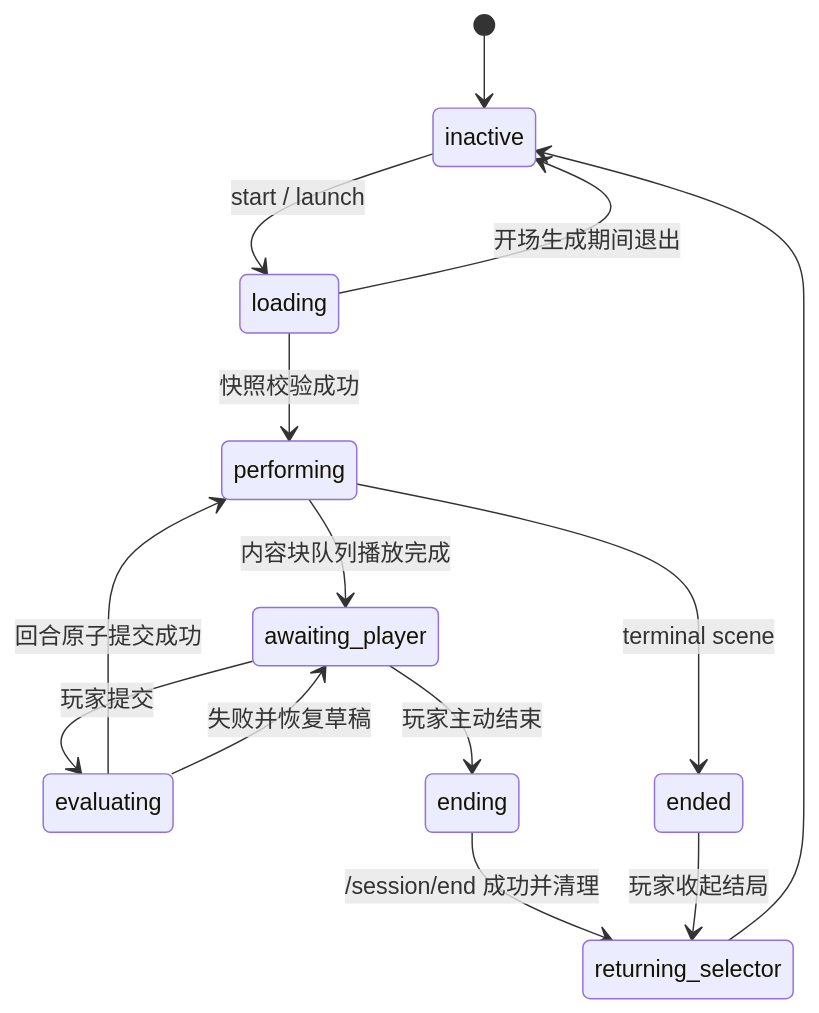
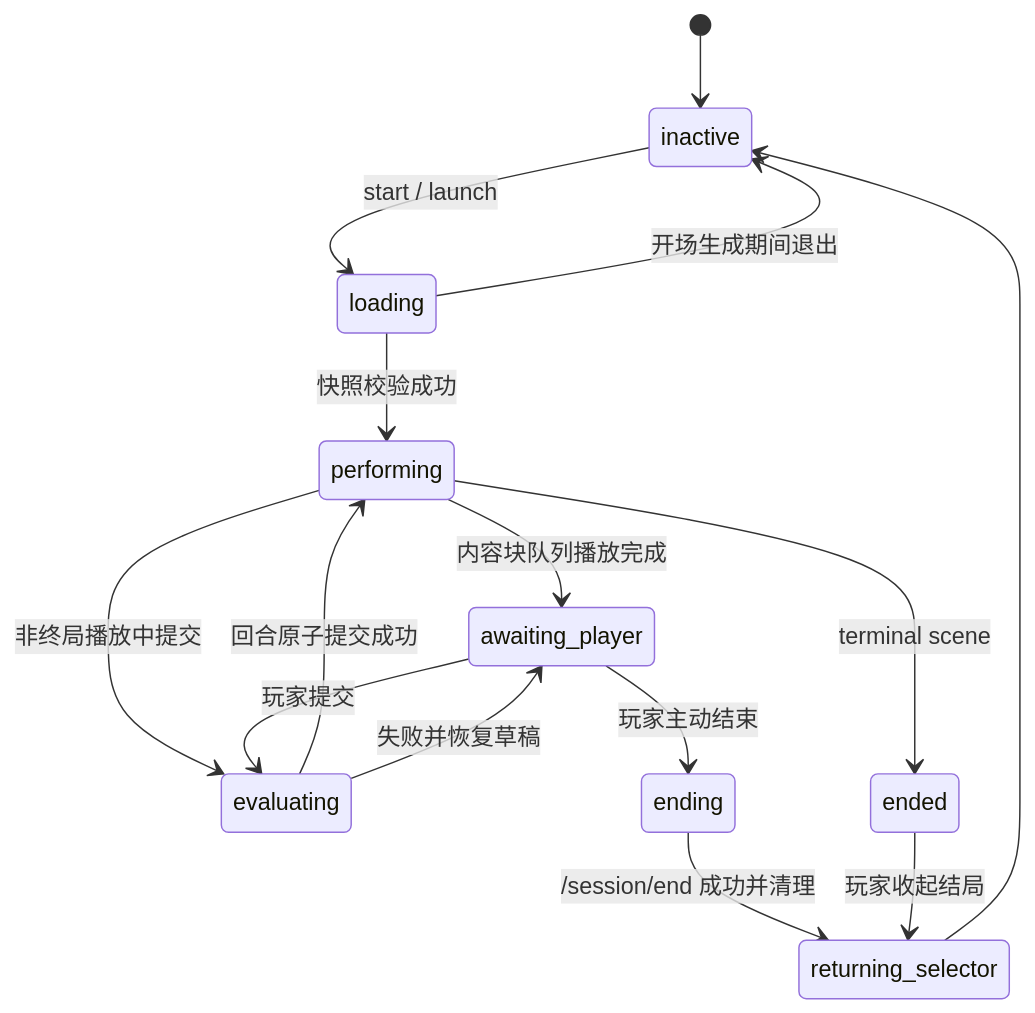
Before and after one commit to Project-N-E-K-O/N.E.K.O: the third of 3 diagrams in docs/design/neko-theater-architecture.md, drawn with Mermaid. The commit also changed other lines of this file and 470 other files, not shown here.

````diff
--- a/docs/design/neko-theater-architecture.md
+++ b/docs/design/neko-theater-architecture.md
@@ -541,16 +783,17 @@
 ```mermaid
 stateDiagram-v2
     [*] --> inactive
     inactive --> loading: start / launch
     loading --> performing: 快照校验成功
     performing --> awaiting_player: 内容块队列播放完成
+    performing --> evaluating: 非终局播放中提交
     awaiting_player --> evaluating: 玩家提交
     evaluating --> performing: 回合原子提交成功
     evaluating --> awaiting_player: 失败并恢复草稿
     performing --> ended: terminal scene
     awaiting_player --> ending: 玩家主动结束
     loading --> inactive: 开场生成期间退出
     ending --> returning_selector: /session/end 成功并清理
     ended --> returning_selector: 玩家收起结局
     returning_selector --> inactive
 ```
````
